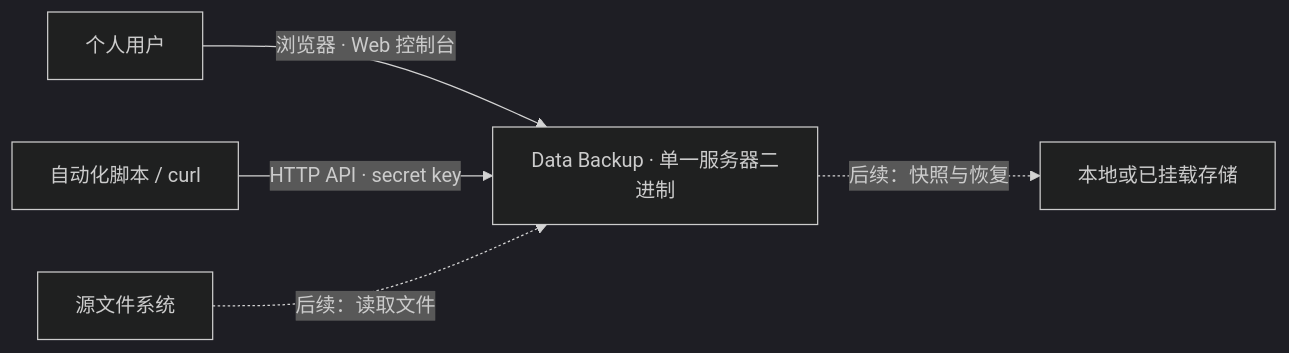
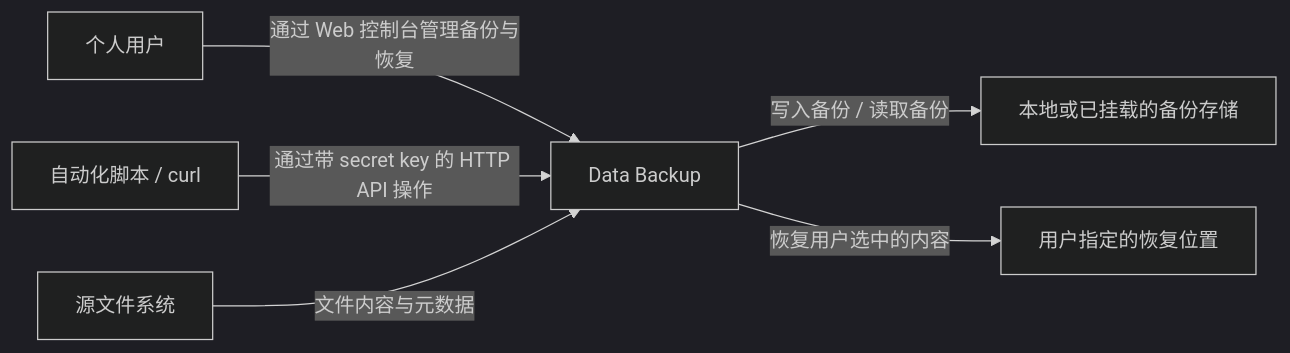
Before and after one commit to qi7876/software-development-exp: the diagram in docs/architecture/system-context.md, drawn with Mermaid (dark theme). The commit also changed other lines of this file and 13 other files, not shown here.

````diff
--- a/docs/architecture/system-context.md
+++ b/docs/architecture/system-context.md
@@ -5,7 +5,8 @@
 ```mermaid
 flowchart LR
-    User[个人用户] -->|浏览器 · Web 控制台| Backup[Data Backup · 单一服务器二进制]
-    Automation[自动化脚本 / curl] -->|HTTP API · secret key| Backup
-    Source[源文件系统] -.->|后续：读取文件| Backup
-    Backup -.->|后续：快照与恢复| Target[本地或已挂载存储]
+    User[个人用户] -->|通过 Web 控制台管理备份与恢复| Backup[Data Backup]
+    Automation[自动化脚本 / curl] -->|通过带 secret key 的 HTTP API 操作| Backup
+    Source[源文件系统] -->|文件内容与元数据| Backup
+    Backup -->|写入备份 / 读取备份| Repository[本地或已挂载的备份存储]
+    Backup -->|恢复用户选中的内容| Restore[用户指定的恢复位置]
 ```
````
